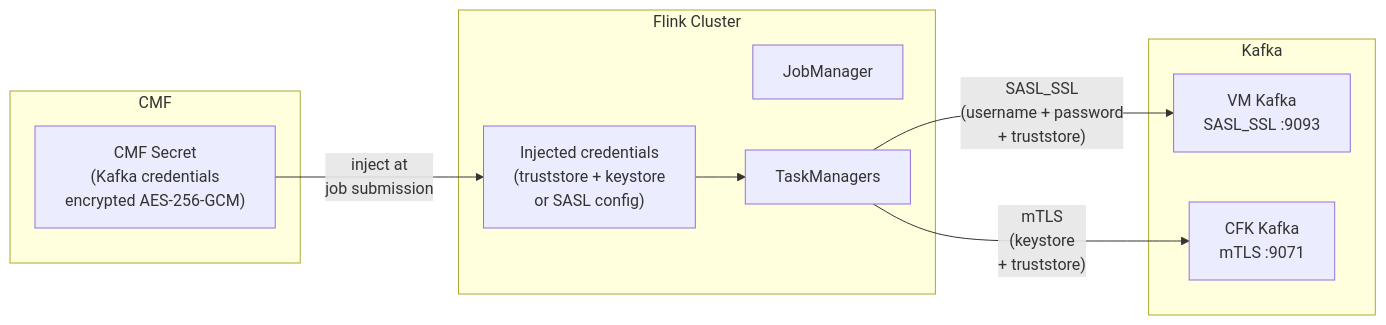
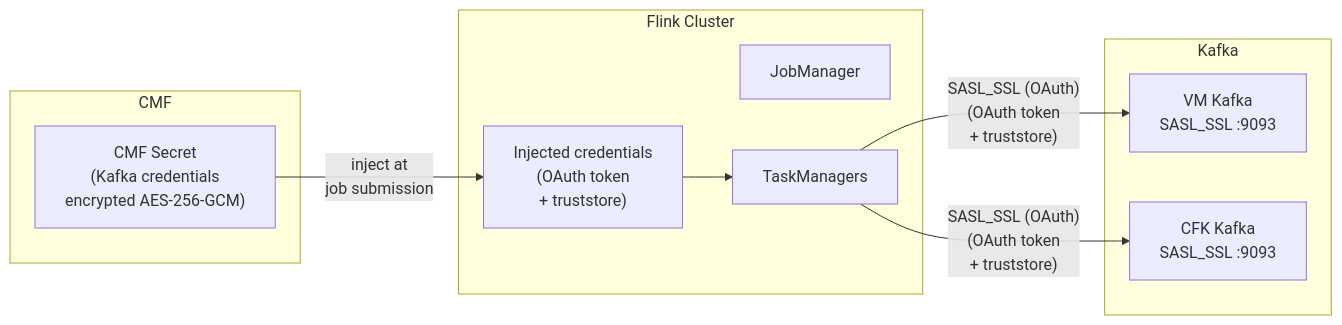
One commit to aadmassu/flink-on-k8s-with-cp changed the eighth of 9 diagrams in docs/TLS.md. Above: the diagram before and after it, drawn with Mermaid. The commit also changed other lines of this file, not shown here.

First line of the commit message:
Update TLS doc: use SASL_SSL (OAuth) for Flink-to-Kafka connections

````diff
--- a/docs/TLS.md
+++ b/docs/TLS.md
@@ -403,22 +403,22 @@
 ```mermaid
 flowchart LR
     subgraph cmf_layer["CMF"]
         cmf_secret["CMF Secret<br>(Kafka credentials<br>encrypted AES-256-GCM)"]
     end
 
     subgraph flink_cluster["Flink Cluster"]
         jm["JobManager"]
         tm["TaskManagers"]
-        creds["Injected credentials<br>(truststore + keystore<br>or SASL config)"]
+        creds["Injected credentials<br>(OAuth token<br>+ truststore)"]
     end
 
     subgraph kafka_targets["Kafka"]
         kafka_vm["VM Kafka<br>SASL_SSL :9093"]
-        kafka_k8s["CFK Kafka<br>mTLS :9071"]
+        kafka_k8s["CFK Kafka<br>SASL_SSL :9093"]
     end
 
     cmf_secret -->|"inject at<br>job submission"| creds
     creds --> tm
-    tm -->|"SASL_SSL<br>(username + password<br>+ truststore)"| kafka_vm
-    tm -->|"mTLS<br>(keystore<br>+ truststore)"| kafka_k8s
+    tm -->|"SASL_SSL (OAuth)<br>(OAuth token<br>+ truststore)"| kafka_vm
+    tm -->|"SASL_SSL (OAuth)<br>(OAuth token<br>+ truststore)"| kafka_k8s
 ```
````
